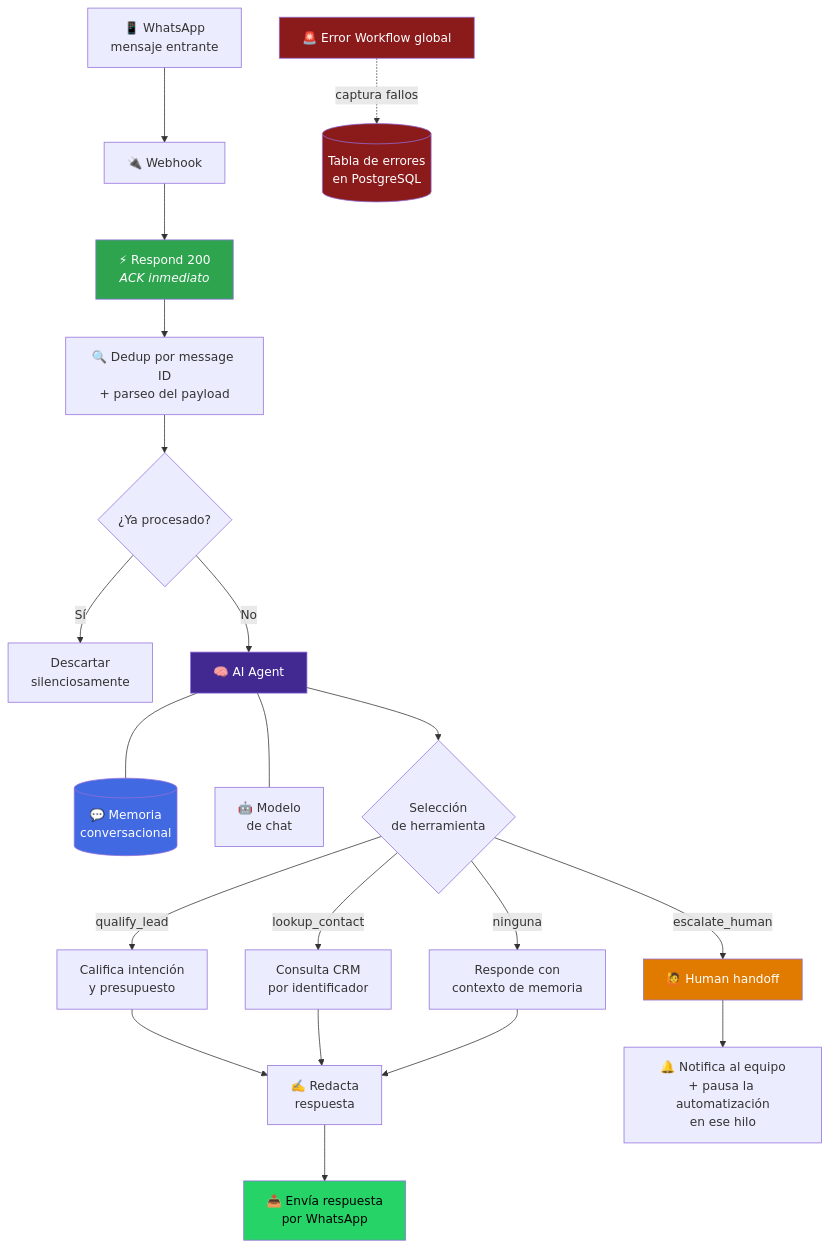
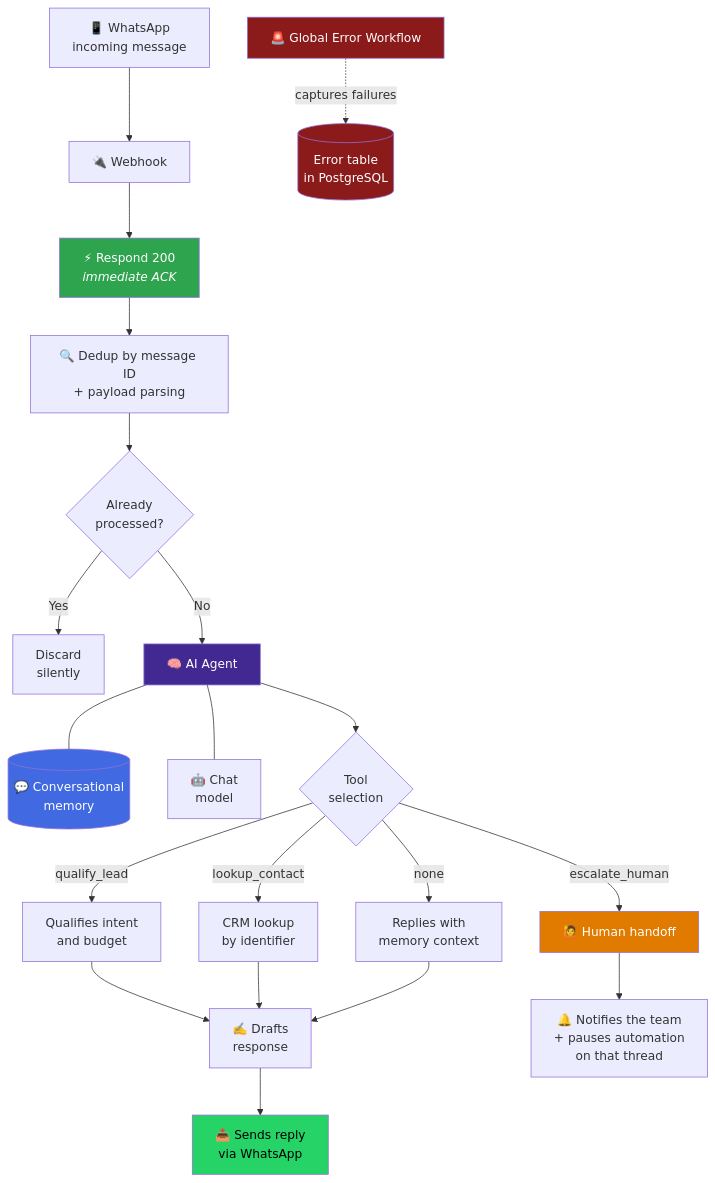
The first of 2 diagrams in projects/whatsapp-agent/README.md (BhrayanM/Portafolio), drawn with Mermaid before and after one commit. The commit also changed other lines of this file and 59 other files, not shown here.

````diff
--- a/projects/whatsapp-agent/README.md
+++ b/projects/whatsapp-agent/README.md
@@ -45,35 +44,35 @@
 ```mermaid
 flowchart TD
-    A["📱 WhatsApp<br/>mensaje entrante"] --> B["🔌 Webhook"]
-    B --> C["⚡ Respond 200<br/><i>ACK inmediato</i>"]
-    C --> D["🔍 Dedup por message ID<br/>+ parseo del payload"]
-    D --> E{"¿Ya procesado?"}
-    E -- Sí --> E1["Descartar<br/>silenciosamente"]
+    A["📱 WhatsApp<br/>incoming message"] --> B["🔌 Webhook"]
+    B --> C["⚡ Respond 200<br/><i>immediate ACK</i>"]
+    C --> D["🔍 Dedup by message ID<br/>+ payload parsing"]
+    D --> E{"Already<br/>processed?"}
+    E -- Yes --> E1["Discard<br/>silently"]
     E -- No --> F["🧠 AI Agent"]
 
-    F --- G[("💬 Memoria<br/>conversacional")]
-    F --- H["🤖 Modelo<br/>de chat"]
+    F --- G[("💬 Conversational<br/>memory")]
+    F --- H["🤖 Chat<br/>model"]
 
-    F --> I{"Selección<br/>de herramienta"}
-    I -- "qualify_lead" --> J["Califica intención<br/>y presupuesto"]
-    I -- "lookup_contact" --> K["Consulta CRM<br/>por identificador"]
+    F --> I{"Tool<br/>selection"}
+    I -- "qualify_lead" --> J["Qualifies intent<br/>and budget"]
+    I -- "lookup_contact" --> K["CRM lookup<br/>by identifier"]
     I -- "escalate_human" --> L["🙋 Human handoff"]
-    I -- "ninguna" --> M["Responde con<br/>contexto de memoria"]
+    I -- "none" --> M["Replies with<br/>memory context"]
 
-    J --> N["✍️ Redacta<br/>respuesta"]
+    J --> N["✍️ Drafts<br/>response"]
     K --> N
     M --> N
-    N --> O["📤 Envía respuesta<br/>por WhatsApp"]
+    N --> O["📤 Sends reply<br/>via WhatsApp"]
 
-    L --> P["🔔 Notifica al equipo<br/>+ pausa la automatización<br/>en ese hilo"]
+    L --> P["🔔 Notifies the team<br/>+ pauses automation<br/>on that thread"]
 
-    Q["🚨 Error Workflow global"] -.captura fallos.-> R[("Tabla de errores<br/>en PostgreSQL")]
+    Q["🚨 Global Error Workflow"] -.captures failures.-> R[("Error table<br/>in PostgreSQL")]
 
     style C fill:#2ea44f,color:#fff
     style F fill:#412991,color:#fff
     style G fill:#4169E1,color:#fff
     style L fill:#e07b00,color:#fff
     style O fill:#25D366,color:#000
     style Q fill:#8b1a1a,color:#fff
     style R fill:#8b1a1a,color:#fff
 ```
````
